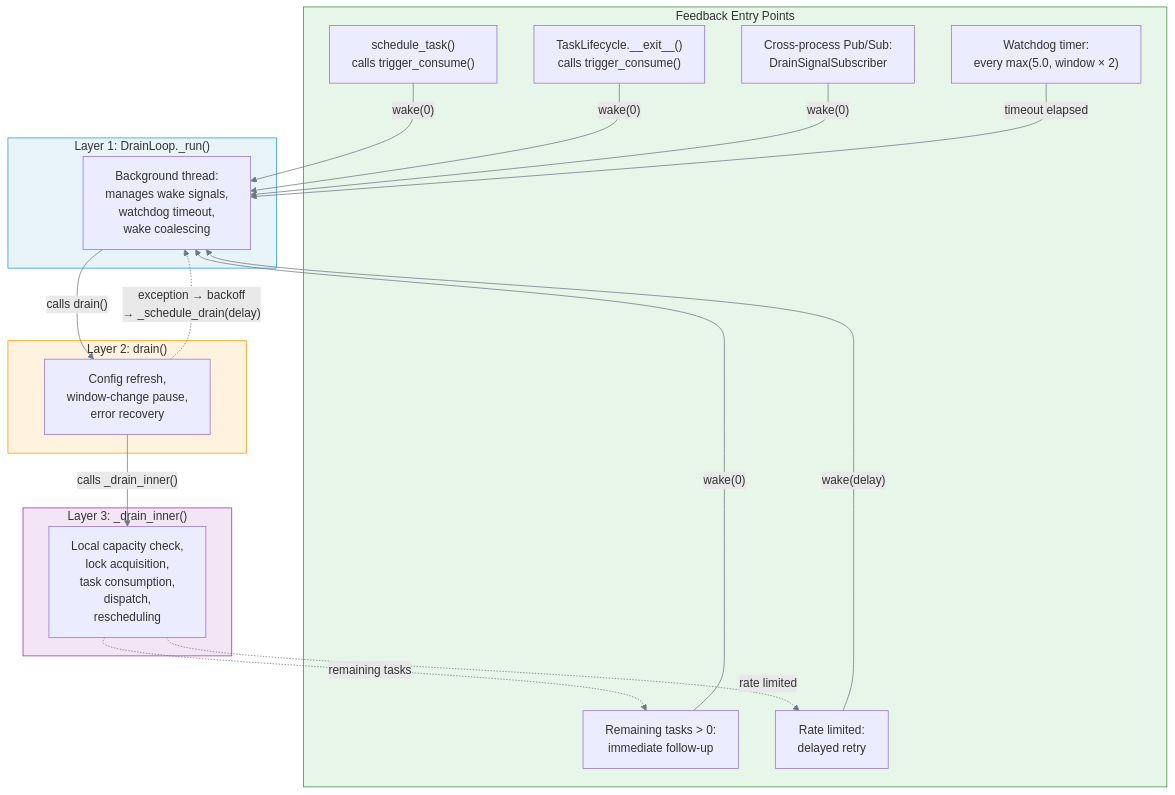
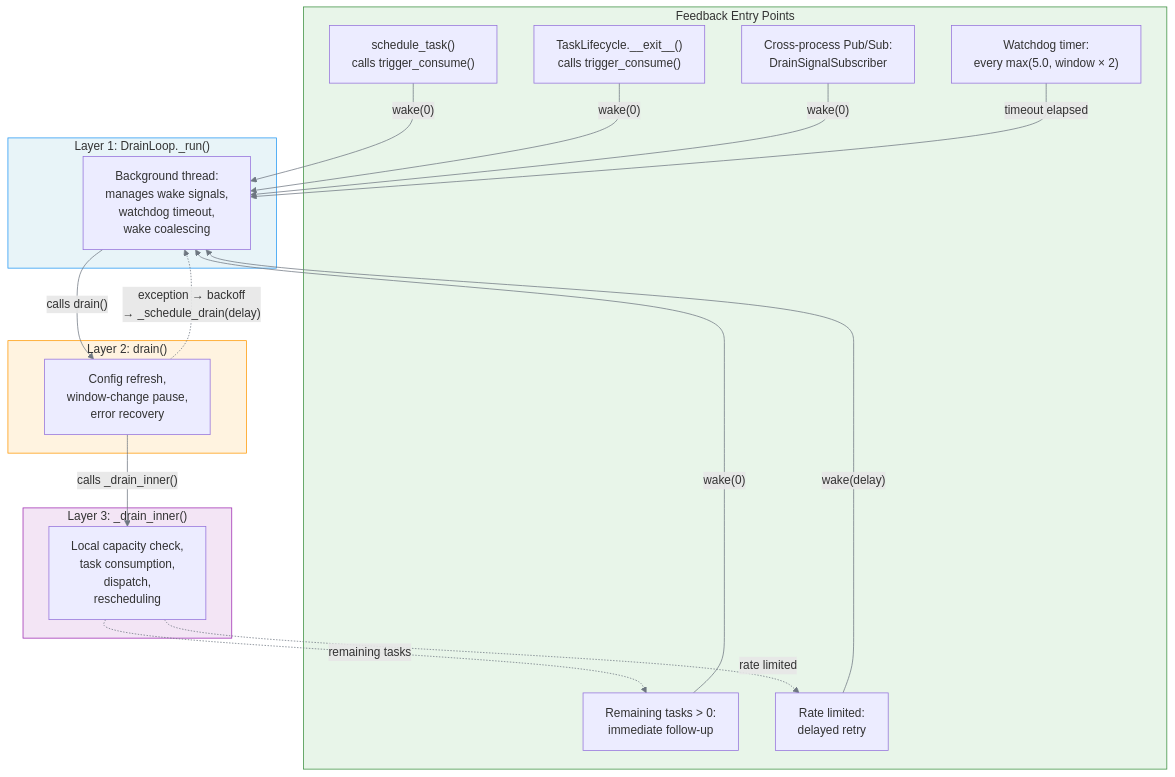
One commit to melroy999/redis-rate-limiter changed the first of 4 diagrams in docs/architecture/drain-flow.md. Above: the diagram before and after it, drawn with Mermaid. The commit also changed other lines of this file and 34 other files, not shown here.

````diff
--- a/docs/architecture/drain-flow.md
+++ b/docs/architecture/drain-flow.md
@@ -7,43 +7,43 @@
 ```mermaid
 %%{init: {"theme": "default", "themeVariables": {"lineColor": "#6e7781"}}}%%
 flowchart TD
     subgraph Triggers ["Feedback Entry Points"]
         T_SCHEDULE["schedule_task()<br>calls trigger_consume()"]
         T_LIFECYCLE["TaskLifecycle.__exit__()<br>calls trigger_consume()"]
         T_PUBSUB["Cross-process Pub/Sub:<br>DrainSignalSubscriber"]
         T_FOLLOWUP["Remaining tasks > 0:<br>immediate follow-up"]
         T_RATE["Rate limited:<br>delayed retry"]
         T_WATCHDOG["Watchdog timer:<br>every max(5.0, window × 2)"]
     end
 
     subgraph L1 ["Layer 1: DrainLoop._run()"]
         L1_BLOCK["Background thread:<br>manages wake signals,<br>watchdog timeout,<br>wake coalescing"]
     end
 
     subgraph L2 ["Layer 2: drain()"]
         L2_BLOCK["Config refresh,<br>window-change pause,<br>error recovery"]
     end
 
     subgraph L3 ["Layer 3: _drain_inner()"]
-        L3_BLOCK["Local capacity check,<br>lock acquisition,<br>task consumption,<br>dispatch,<br>rescheduling"]
+        L3_BLOCK["Local capacity check,<br>task consumption,<br>dispatch,<br>rescheduling"]
     end
 
     T_SCHEDULE -- "wake(0)" --> L1_BLOCK
     T_LIFECYCLE -- "wake(0)" --> L1_BLOCK
     T_PUBSUB -- "wake(0)" --> L1_BLOCK
     T_FOLLOWUP -- "wake(0)" --> L1_BLOCK
     T_RATE -- "wake(delay)" --> L1_BLOCK
     T_WATCHDOG -- "timeout elapsed" --> L1_BLOCK
 
     L1_BLOCK -- "calls drain()" --> L2_BLOCK
     L2_BLOCK -- "calls _drain_inner()" --> L3_BLOCK
 
     L3_BLOCK -. "remaining tasks" .-> T_FOLLOWUP
     L3_BLOCK -. "rate limited" .-> T_RATE
     L2_BLOCK -. "exception → backoff<br>→ _schedule_drain(delay)" .-> L1_BLOCK
 
     style Triggers fill:#e8f5e9,stroke:#388E3C
     style L1 fill:#e8f4f8,stroke:#2196F3
     style L2 fill:#fff3e0,stroke:#FF9800
     style L3 fill:#f3e5f5,stroke:#9C27B0
 ```
````
